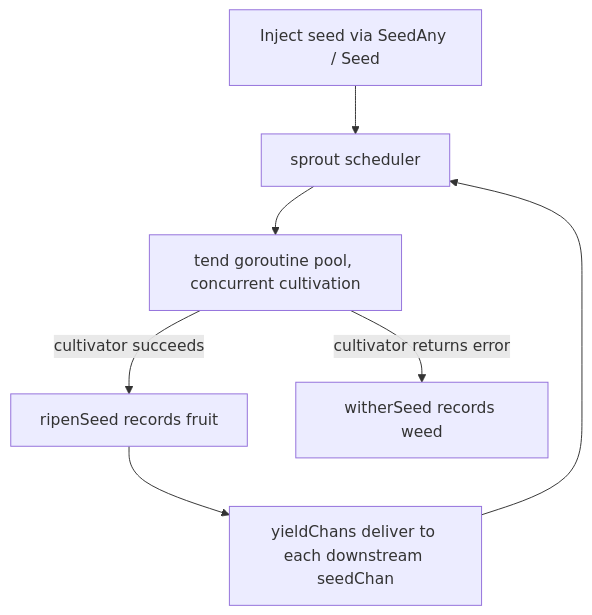
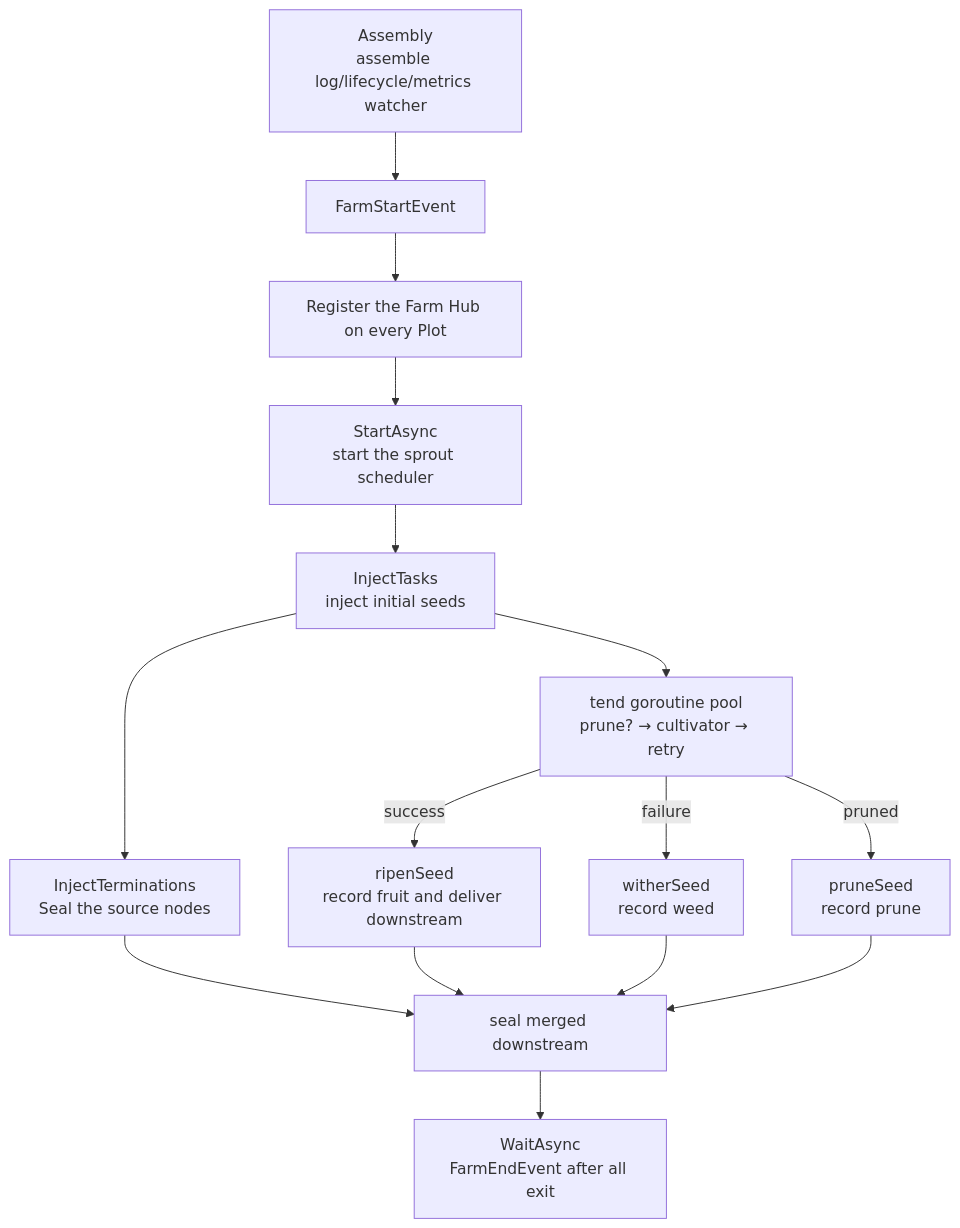
The second of 2 diagrams in docs/en/pkg/api/api.md (Mr-xiaotian/CelestialGrow), drawn with Mermaid before and after one commit. The commit also changed other lines of this file and 103 other files, not shown here.

````diff
--- a/docs/en/pkg/api/api.md
+++ b/docs/en/pkg/api/api.md
@@ -172,9 +292,17 @@
 ```mermaid
 flowchart TD
-    A[Inject seed via SeedAny / Seed] --> B[sprout scheduler]
-    B --> C[tend goroutine pool, concurrent cultivation]
-    C -->|cultivator succeeds| D[ripenSeed records fruit]
-    C -->|cultivator returns error| E[witherSeed records weed]
-    D --> F[yieldChans deliver to each downstream seedChan]
-    F --> B
+    A[Assembly<br/>assemble log/lifecycle/metrics watcher] --> B[FarmStartEvent]
+    B --> C[Register the Farm Hub on every Plot]
+    C --> D[StartAsync<br/>start the sprout scheduler]
+    D --> E[InjectTasks<br/>inject initial seeds]
+    E --> F[tend goroutine pool<br/>prune? → cultivator → retry]
+    F -->|success| G[ripenSeed<br/>record fruit and deliver downstream]
+    F -->|failure| H[witherSeed<br/>record weed]
+    F -->|pruned| I[pruneSeed<br/>record prune]
+    E --> J[InjectTerminations<br/>Seal the source nodes]
+    J --> K[seal merged downstream]
+    G --> K
+    H --> K
+    I --> K
+    K --> L[WaitAsync<br/>FarmEndEvent after all exit]
 ```
````
